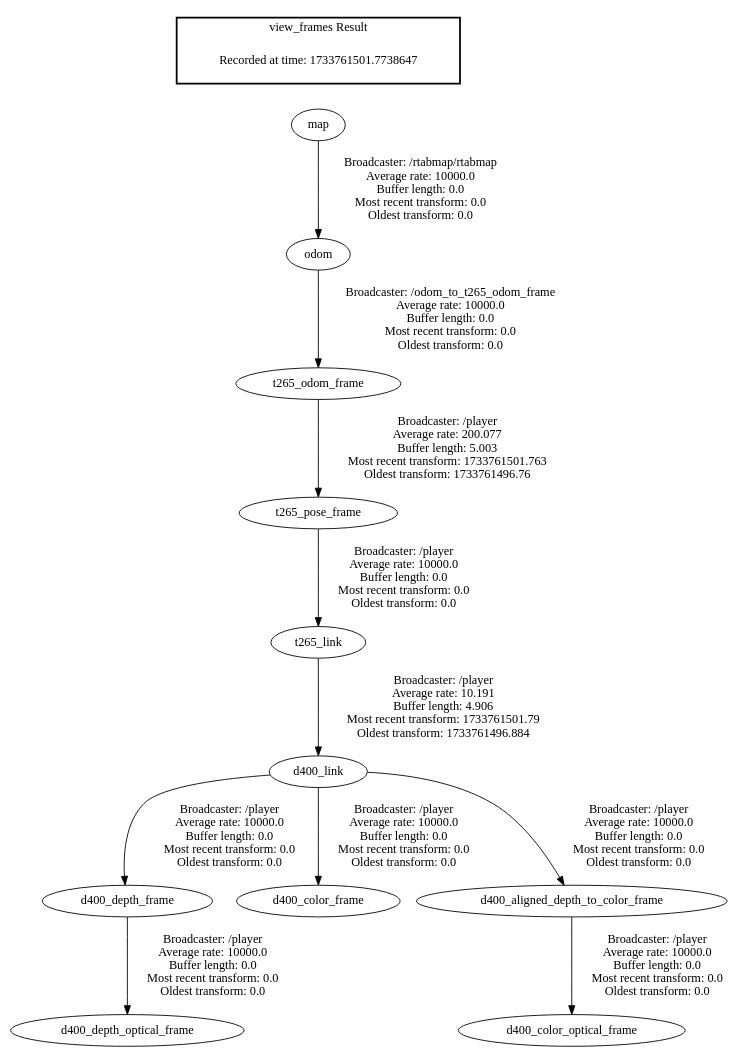
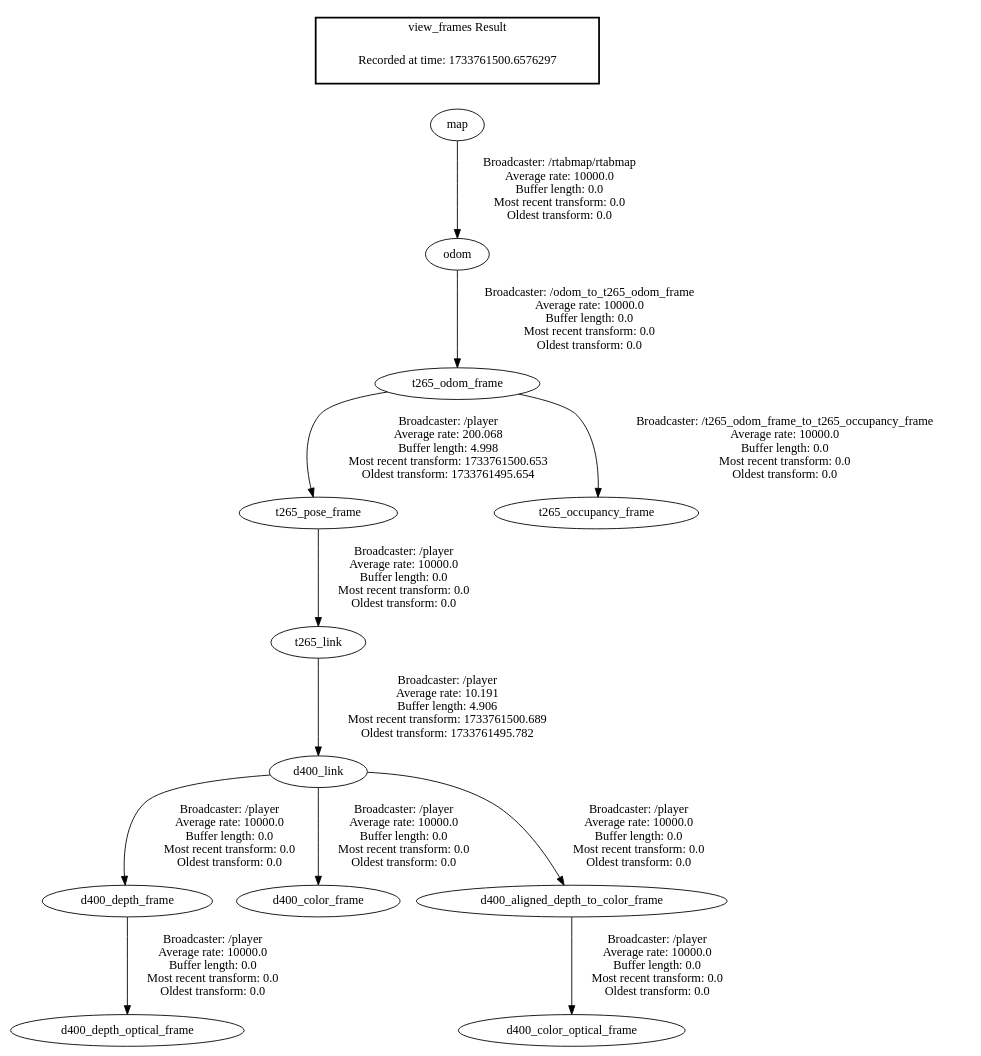
One commit to FahrulID/netrasahaya changed the diagram in catkin_ws/frames.gv. Above: the diagram before and after it, drawn with Graphviz. The commit also changed 16 other files, not shown here.

```diff
--- a/catkin_ws/frames.gv
+++ b/catkin_ws/frames.gv
@@ -1,16 +1,17 @@
 digraph G {
+"odom" -> "t265_odom_frame"[label=" Broadcaster: /odom_to_t265_odom_frame\nAverage rate: 10000.0\nBuffer length: 0.0\nMost recent transform: 0.0\nOldest transform: 0.0\n"];
 "map" -> "odom"[label=" Broadcaster: /rtabmap/rtabmap\nAverage rate: 10000.0\nBuffer length: 0.0\nMost recent transform: 0.0\nOldest transform: 0.0\n"];
-"odom" -> "t265_odom_frame"[label=" Broadcaster: /odom_to_t265_odom_frame\nAverage rate: 10000.0\nBuffer length: 0.0\nMost recent transform: 0.0\nOldest transform: 0.0\n"];
+"t265_odom_frame" -> "t265_pose_frame"[label=" Broadcaster: /player\nAverage rate: 200.068\nBuffer length: 4.998\nMost recent transform: 1733761500.653\nOldest transform: 1733761495.654\n"];
 "d400_link" -> "d400_depth_frame"[label=" Broadcaster: /player\nAverage rate: 10000.0\nBuffer length: 0.0\nMost recent transform: 0.0\nOldest transform: 0.0\n"];
-"t265_link" -> "d400_link"[label=" Broadcaster: /player\nAverage rate: 10.191\nBuffer length: 4.906\nMost recent transform: 1733761501.79\nOldest transform: 1733761496.884\n"];
+"t265_link" -> "d400_link"[label=" Broadcaster: /player\nAverage rate: 10.191\nBuffer length: 4.906\nMost recent transform: 1733761500.689\nOldest transform: 1733761495.782\n"];
 "d400_depth_frame" -> "d400_depth_optical_frame"[label=" Broadcaster: /player\nAverage rate: 10000.0\nBuffer length: 0.0\nMost recent transform: 0.0\nOldest transform: 0.0\n"];
 "d400_link" -> "d400_color_frame"[label=" Broadcaster: /player\nAverage rate: 10000.0\nBuffer length: 0.0\nMost recent transform: 0.0\nOldest transform: 0.0\n"];
 "d400_aligned_depth_to_color_frame" -> "d400_color_optical_frame"[label=" Broadcaster: /player\nAverage rate: 10000.0\nBuffer length: 0.0\nMost recent transform: 0.0\nOldest transform: 0.0\n"];
 "d400_link" -> "d400_aligned_depth_to_color_frame"[label=" Broadcaster: /player\nAverage rate: 10000.0\nBuffer length: 0.0\nMost recent transform: 0.0\nOldest transform: 0.0\n"];
 "t265_pose_frame" -> "t265_link"[label=" Broadcaster: /player\nAverage rate: 10000.0\nBuffer length: 0.0\nMost recent transform: 0.0\nOldest transform: 0.0\n"];
-"t265_odom_frame" -> "t265_pose_frame"[label=" Broadcaster: /player\nAverage rate: 200.077\nBuffer length: 5.003\nMost recent transform: 1733761501.763\nOldest transform: 1733761496.76\n"];
+"t265_odom_frame" -> "t265_occupancy_frame"[label=" Broadcaster: /t265_odom_frame_to_t265_occupancy_frame\nAverage rate: 10000.0\nBuffer length: 0.0\nMost recent transform: 0.0\nOldest transform: 0.0\n"];
 edge [style=invis];
  subgraph cluster_legend { style=bold; color=black; label ="view_frames Result";
-"Recorded at time: 1733761501.7738647"[ shape=plaintext ] ;
+"Recorded at time: 1733761500.6576297"[ shape=plaintext ] ;
 }->"map";
 }
```
